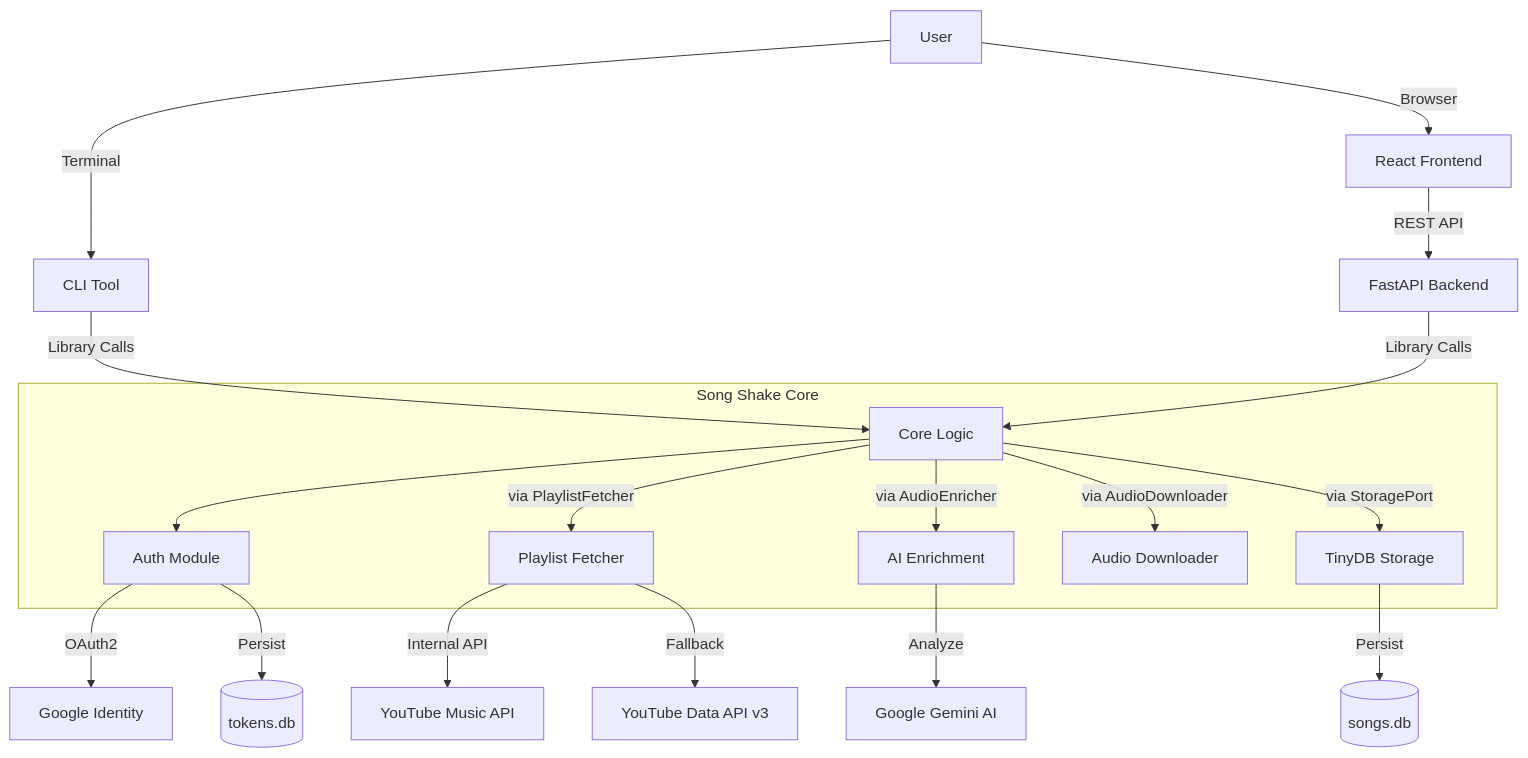
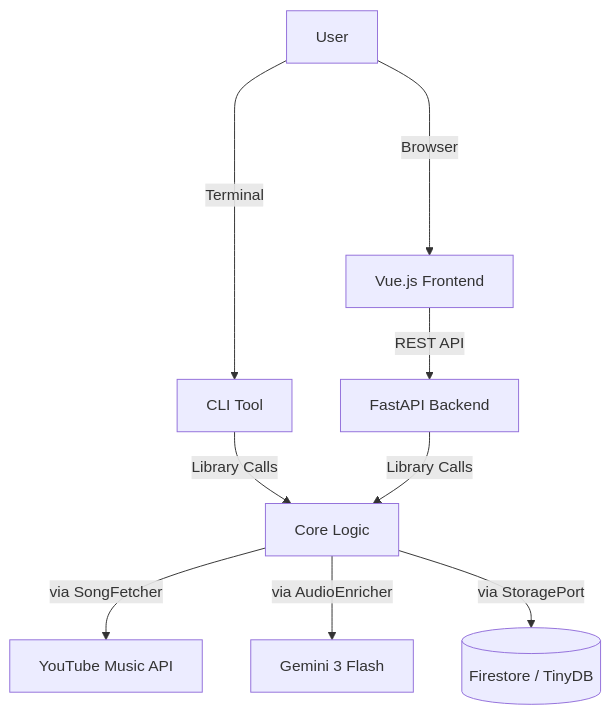
Before and after one commit to amura2406/songshake: the diagram in README.md, drawn with Mermaid. The commit also changed other lines of this file and 45 other files, not shown here.

````diff
--- a/README.md
+++ b/README.md
@@ -145,25 +22,11 @@
 ```mermaid
 graph TD
-    User[User] -->|Browser| Frontend[React Frontend]
-    User -->|Terminal| CLI[CLI Tool]
-    
+    User ---->|Browser| Frontend[Vue.js Frontend]
+    User ---->|Terminal| CLI[CLI Tool]
     Frontend -->|REST API| Backend[FastAPI Backend]
     CLI -->|Library Calls| Core[Core Logic]
     Backend -->|Library Calls| Core
-    
-    subgraph "Song Shake Core"
-        Core --> Auth[Auth Module]
-        Core -->|via PlaylistFetcher| Playlist[Playlist Fetcher]
-        Core -->|via AudioEnricher| Enrichment[AI Enrichment]
-        Core -->|via AudioDownloader| Download[Audio Downloader]
-        Core -->|via StoragePort| Storage[TinyDB Storage]
-    end
-    
-    Auth -->|OAuth2| Google[Google Identity]
-    Playlist -->|Internal API| YTMusic[YouTube Music API]
-    Playlist -->|Fallback| DataAPI[YouTube Data API v3]
-    Enrichment -->|Analyze| Gemini[Google Gemini AI]
-    
-    Storage -->|Persist| DB[(songs.db)]
-    Auth -->|Persist| TokenDB[(tokens.db)]
+    Core -->|via SongFetcher| YTMusic[YouTube Music API]
+    Core -->|via AudioEnricher| Gemini[Gemini 3 Flash]
+    Core -->|via StoragePort| DB[(Firestore / TinyDB)]
 ```
````
